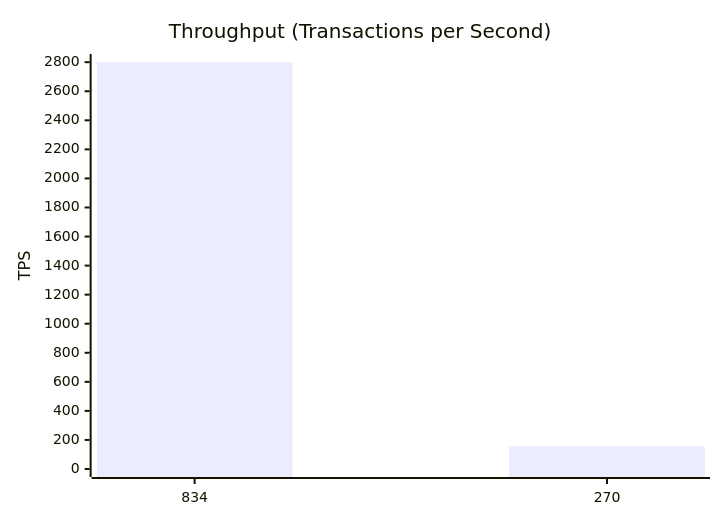
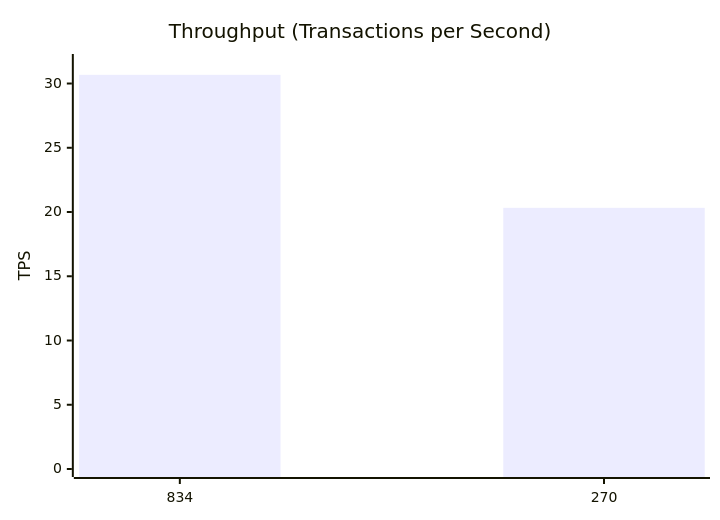
The second of 10 diagrams in test-tools/DataGen/src/Statistics_Visualizer.md (dhagan-va/intern-2025), drawn with Mermaid before and after one commit. The commit also changed other lines of this file and 6 other files, not shown here.

````diff
--- a/test-tools/DataGen/src/Statistics_Visualizer.md
+++ b/test-tools/DataGen/src/Statistics_Visualizer.md
@@ -27,7 +27,7 @@
 ```mermaid
 xychart-beta
     title "Throughput (Transactions per Second)"
     x-axis ["834", "270"]
-    y-axis "TPS" 0 --> 2801.3423138444446
-    bar [2800.3423138444446, 155.249899553315]
+    y-axis "TPS" 0 --> 31.674658437678296
+    bar [30.674658437678296, 20.32520325203252]
 ```
````
